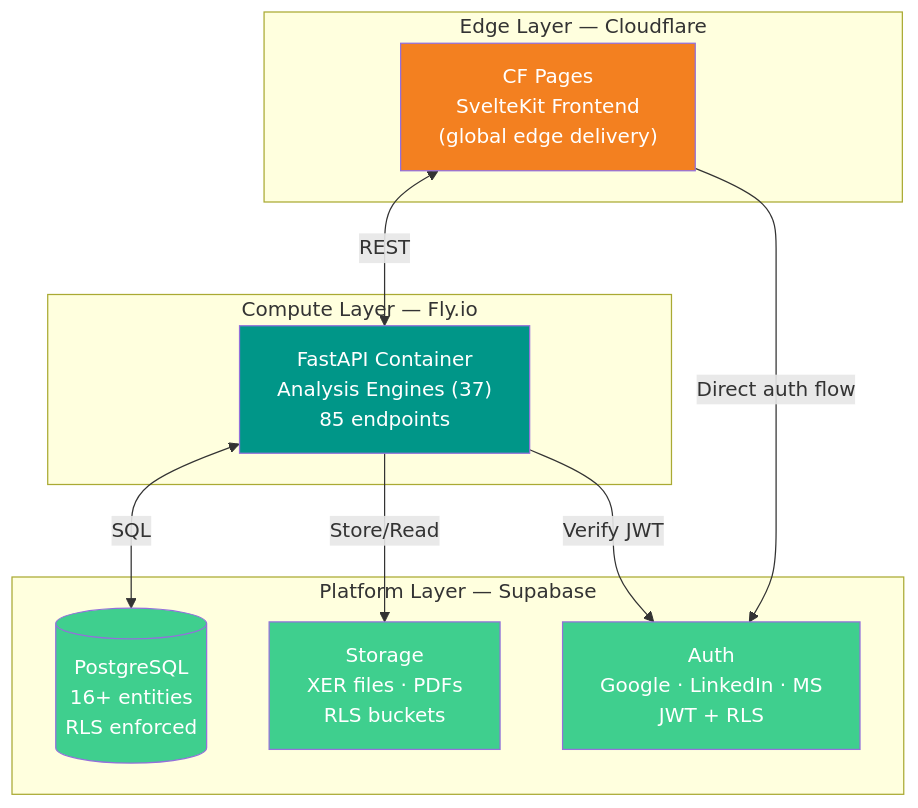
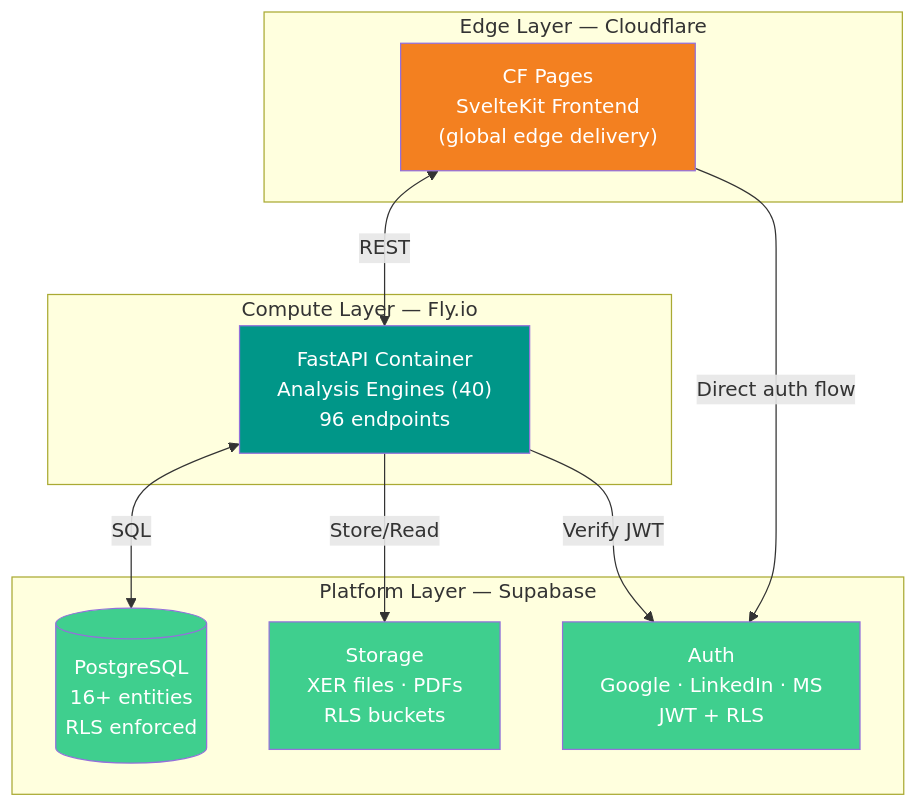
One commit to VitorMRodovalho/meridianiq changed the first of 2 diagrams in README.md. Above: the diagram before and after it, drawn with Mermaid. The commit also changed other lines of this file and 6 other files, not shown here.

First line of the commit message:
docs: sync v3.6.0-dev metrics, CHANGELOG, BUGS, Schedule Viewer roadmap

````diff
--- a/README.md
+++ b/README.md
@@ -116,28 +116,28 @@
 ```mermaid
 graph TB
     subgraph "Edge Layer — Cloudflare"
         CF_PAGES["CF Pages<br/>SvelteKit Frontend<br/>(global edge delivery)"]
     end
 
     subgraph "Compute Layer — Fly.io"
-        FASTAPI["FastAPI Container<br/>Analysis Engines (37)<br/>85 endpoints"]
+        FASTAPI["FastAPI Container<br/>Analysis Engines (40)<br/>96 endpoints"]
     end
 
     subgraph "Platform Layer — Supabase"
         AUTH["Auth<br/>Google · LinkedIn · MS<br/>JWT + RLS"]
         DB[("PostgreSQL<br/>16+ entities<br/>RLS enforced")]
         STORAGE["Storage<br/>XER files · PDFs<br/>RLS buckets"]
     end
 
     CF_PAGES <-->|"REST"| FASTAPI
     FASTAPI <-->|"SQL"| DB
     FASTAPI -->|"Store/Read"| STORAGE
     FASTAPI -->|"Verify JWT"| AUTH
     CF_PAGES -->|"Direct auth flow"| AUTH
 
     style CF_PAGES fill:#F38020,color:#fff
     style FASTAPI fill:#009688,color:#fff
     style DB fill:#3FCF8E,color:#fff
     style AUTH fill:#3FCF8E,color:#fff
     style STORAGE fill:#3FCF8E,color:#fff
 ```
````
